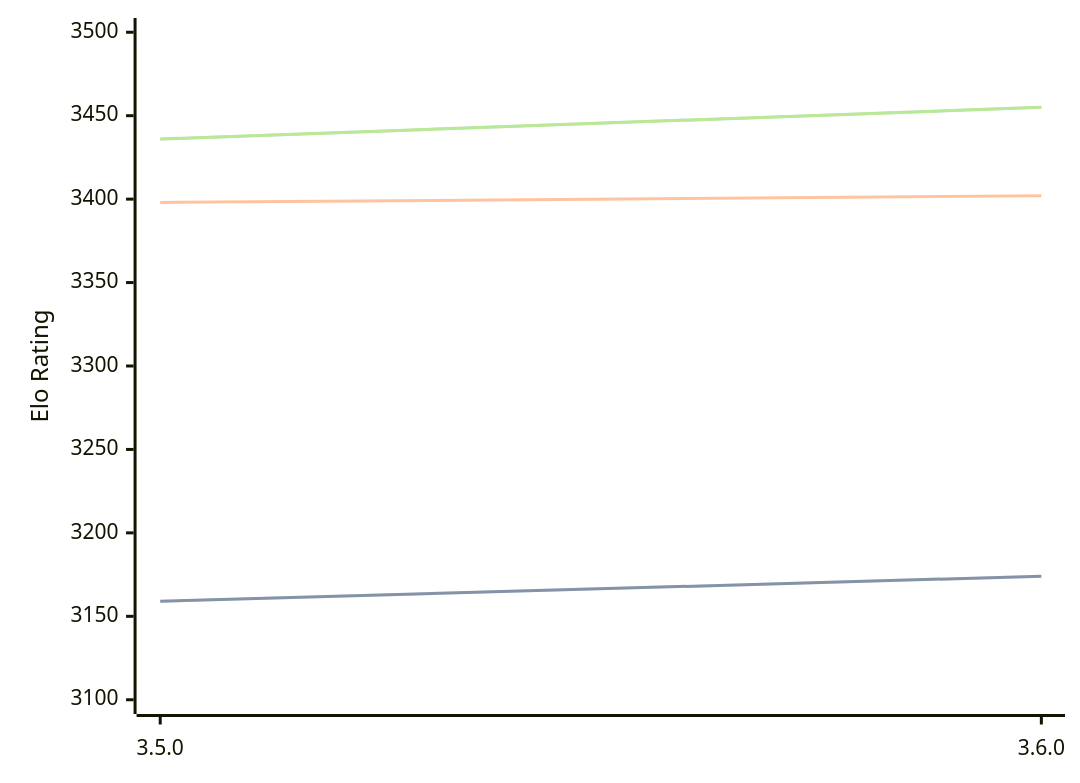
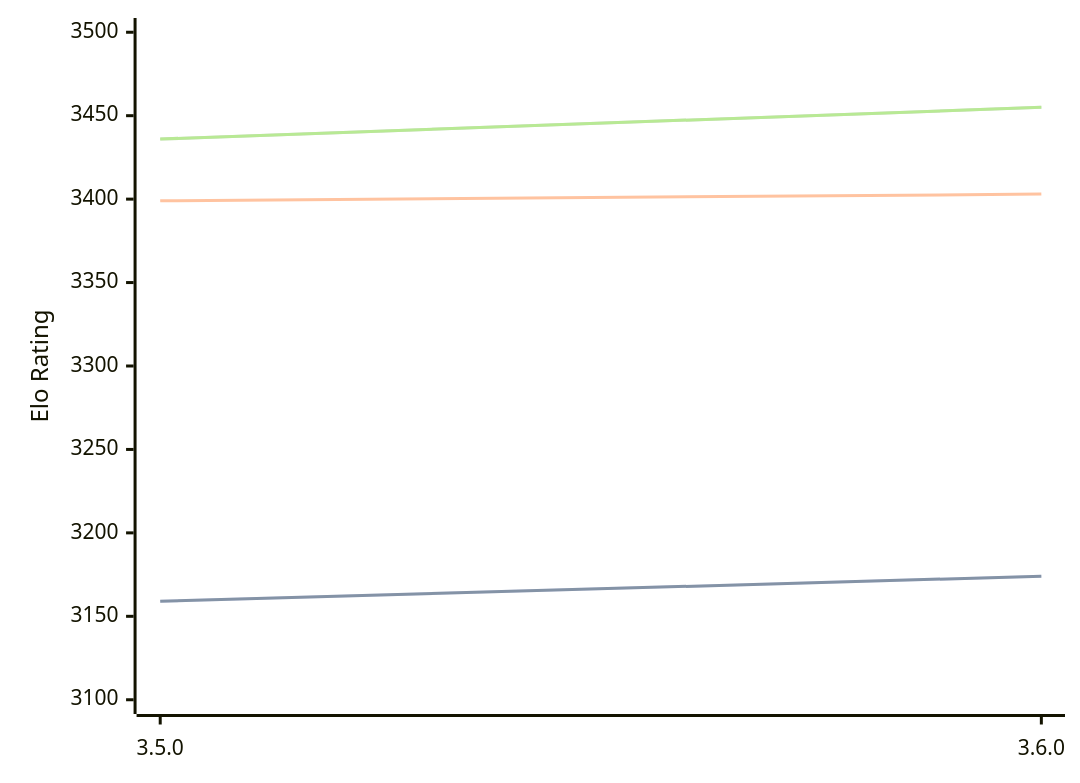
One commit to computer-chess-index/cci changed the diagram in engines/Igel.md. Above: the diagram before and after it, drawn with Mermaid. The commit also changed other lines of this file, not shown here.

````diff
--- a/engines/Igel.md
+++ b/engines/Igel.md
@@ -32,11 +32,11 @@
 ```mermaid
 %%{init: {"theme":"base","themeVariables":{"seriesColors:['#a3a3a3','#222221','#faa371']}}}%%
 xychart-beta
   x-axis ["3.5.0", "3.6.0"]
   y-axis "Elo Rating" 3100 --> 3500
   line "STC (8.0+0.08s)" [3159, 3174]
   line "STC (8.0+0.08s)" [3159, 3174]
-  line "LTC (60.0+0.60s)" [3398, 3402]
+  line "LTC (60.0+0.60s)" [3399, 3403]
   line "VLTC (2m24s+1.12s)" [3436, 3455]
   line "VLTC (2m24s+1.12s)" [3436, 3455]
 ```
````
